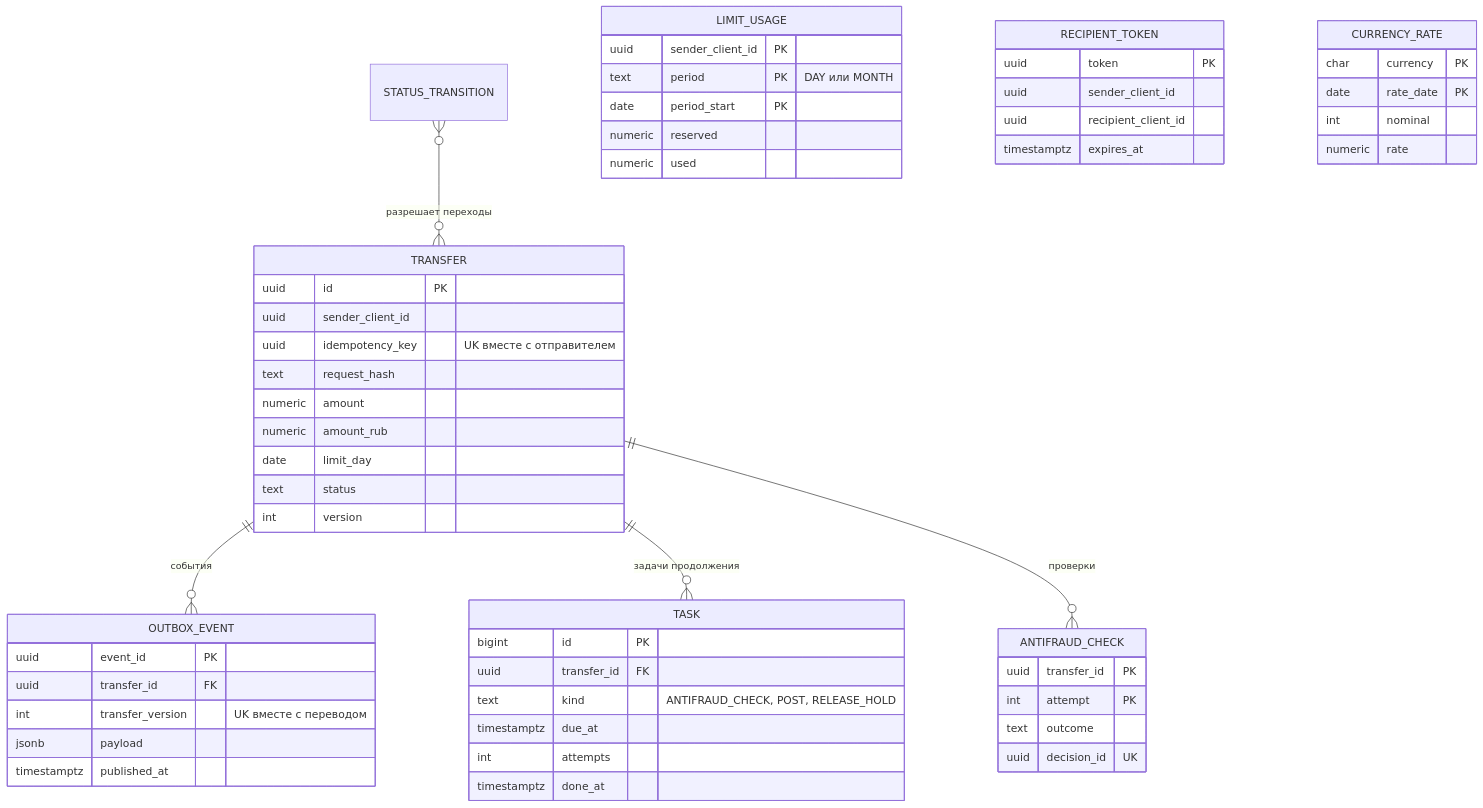
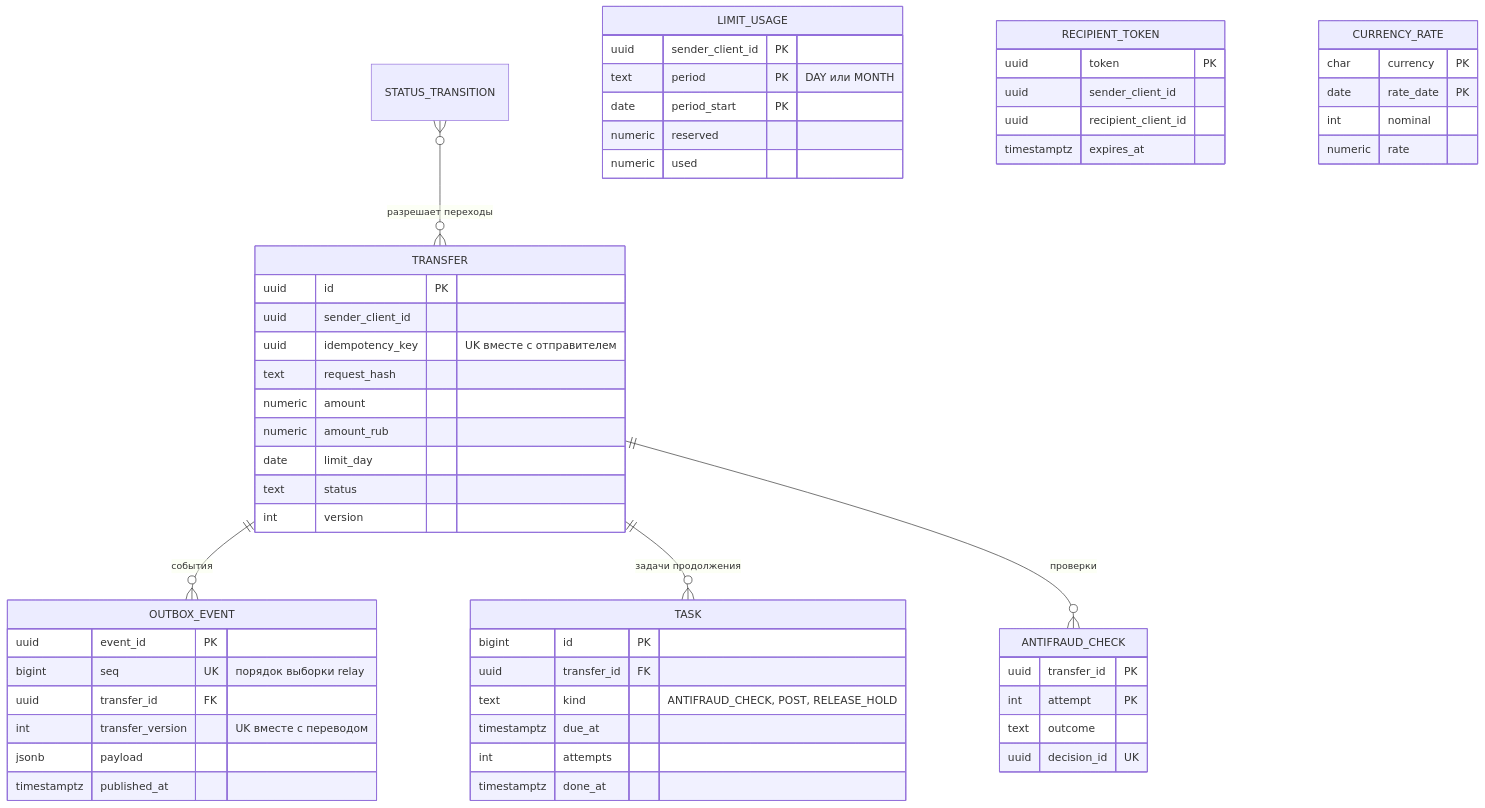
One commit to KORTEZZ12/phone-transfers changed the second of 2 diagrams in docs/design/data-model.md. Above: the diagram before and after it, drawn with Mermaid. The commit also changed other lines of this file and 8 other files, not shown here.

Commit message:
События и пуши: матрица «статус × адресат», дедупликация по адресату, топики повторов по паузам, порядок outbox по seq (#27)

````diff
--- a/docs/design/data-model.md
+++ b/docs/design/data-model.md
@@ -62,58 +62,59 @@
 ```mermaid
 erDiagram
   TRANSFER ||--o{ OUTBOX_EVENT : "события"
   TRANSFER ||--o{ TASK : "задачи продолжения"
   TRANSFER ||--o{ ANTIFRAUD_CHECK : "проверки"
   STATUS_TRANSITION }o--o{ TRANSFER : "разрешает переходы"
   TRANSFER {
     uuid id PK
     uuid sender_client_id
     uuid idempotency_key "UK вместе с отправителем"
     text request_hash
     numeric amount
     numeric amount_rub
     date limit_day
     text status
     int version
   }
   LIMIT_USAGE {
     uuid sender_client_id PK
     text period PK "DAY или MONTH"
     date period_start PK
     numeric reserved
     numeric used
   }
   RECIPIENT_TOKEN {
     uuid token PK
     uuid sender_client_id
     uuid recipient_client_id
     timestamptz expires_at
   }
   CURRENCY_RATE {
     char currency PK
     date rate_date PK
     int nominal
     numeric rate
   }
   OUTBOX_EVENT {
     uuid event_id PK
+    bigint seq UK "порядок выборки relay"
     uuid transfer_id FK
     int transfer_version "UK вместе с переводом"
     jsonb payload
     timestamptz published_at
   }
   TASK {
     bigint id PK
     uuid transfer_id FK
     text kind "ANTIFRAUD_CHECK, POST, RELEASE_HOLD"
     timestamptz due_at
     int attempts
     timestamptz done_at
   }
   ANTIFRAUD_CHECK {
     uuid transfer_id PK
     int attempt PK
     text outcome
     uuid decision_id UK
   }
 ```
````
